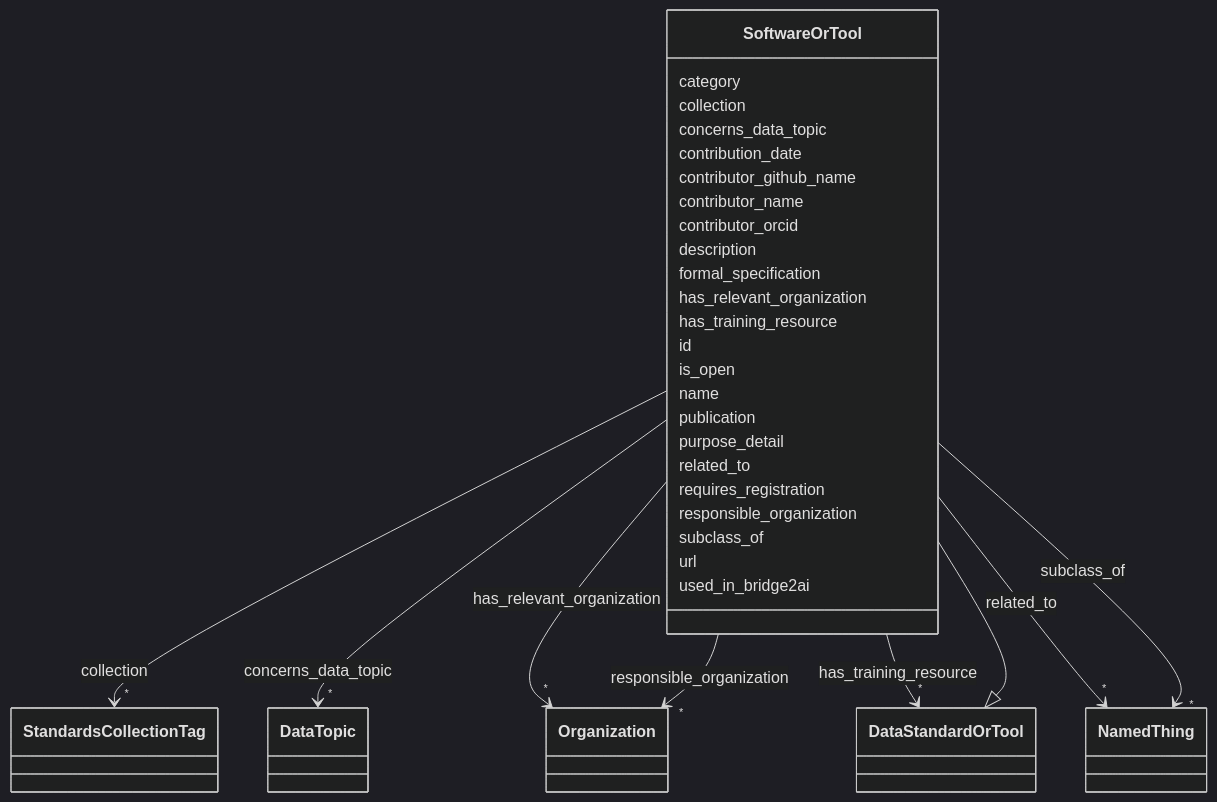
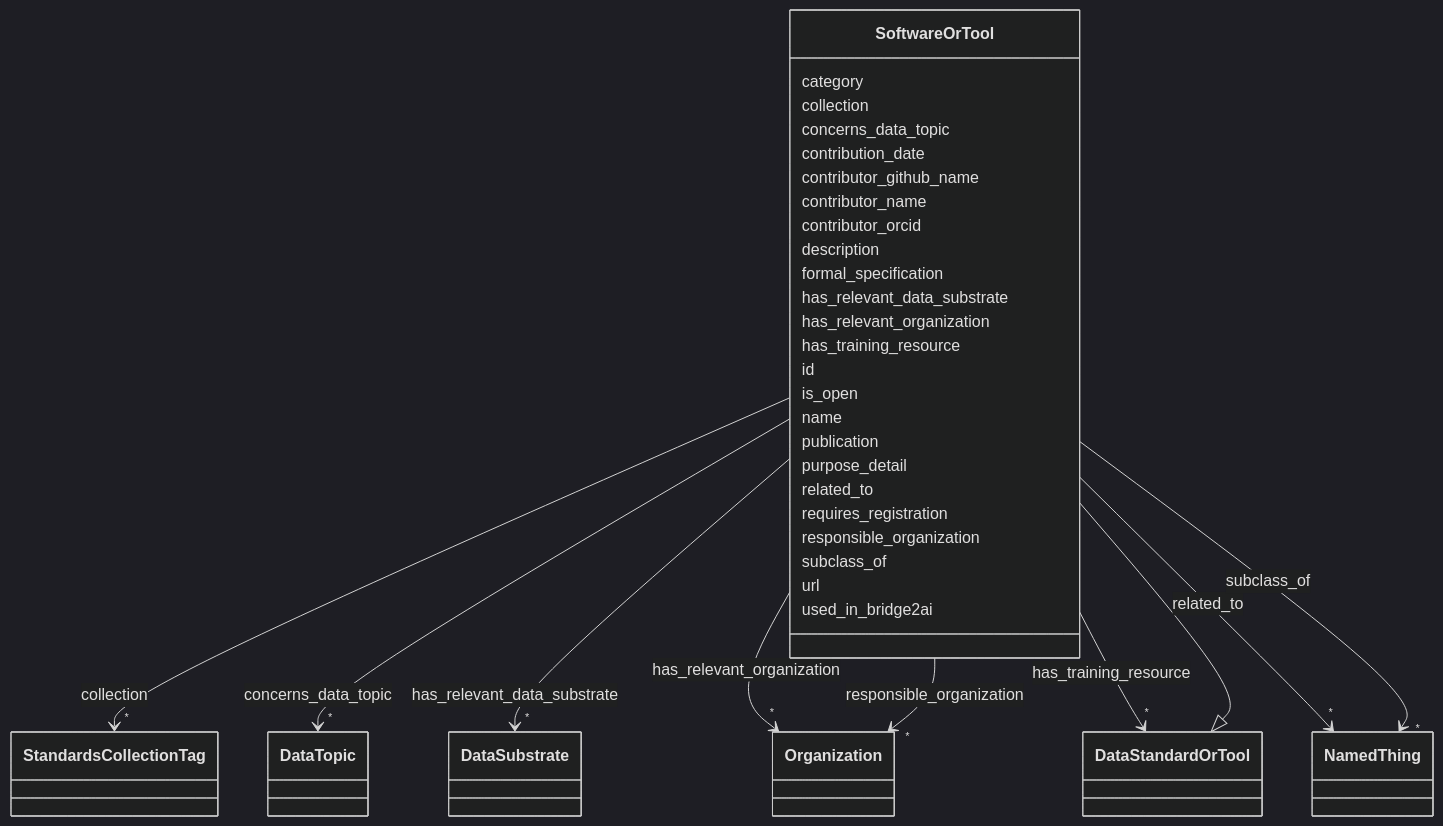
One commit to bridge2ai/standards-schemas changed the diagram in docs/SoftwareOrTool.md. Above: the diagram before and after it, drawn with Mermaid (dark theme). The commit also changed other lines of this file and 38 other files, not shown here.

Commit message:
Update schema artifacts

```diff
--- a/docs/SoftwareOrTool.md
+++ b/docs/SoftwareOrTool.md
@@ -58,6 +58,17 @@
       SoftwareOrTool : description
         
       SoftwareOrTool : formal_specification
+        
+      SoftwareOrTool : has_relevant_data_substrate
+        
+          
+    
+        
+        
+        SoftwareOrTool --> "*" DataSubstrate : has_relevant_data_substrate
+        click DataSubstrate href "../DataSubstrate"
+    
+
         
       SoftwareOrTool : has_relevant_organization
         
```
